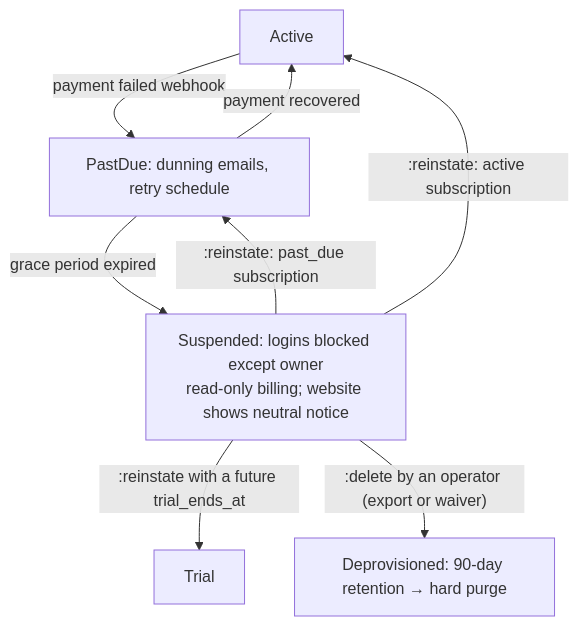
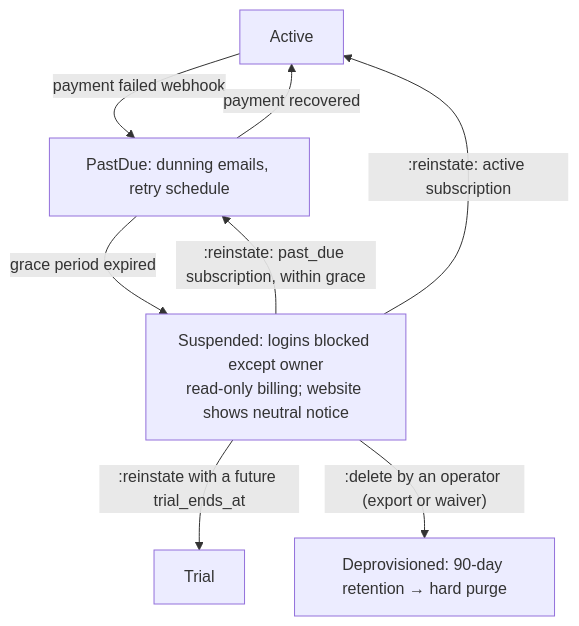
Before and after one commit to sameer-sultan41/schoolhub: the second of 2 diagrams in docs/03-modules/platform-admin.md, drawn with Mermaid. The commit also changed other lines of this file and 23 other files, not shown here.

````diff
--- a/docs/03-modules/platform-admin.md
+++ b/docs/03-modules/platform-admin.md
@@ -90,10 +90,10 @@
 ```mermaid
 flowchart TD
     A[Active] -- payment failed webhook --> B[PastDue: dunning emails, retry schedule]
     B -- payment recovered --> A
     B -- grace period expired --> C[Suspended: logins blocked except owner<br/>read-only billing; website shows neutral notice]
     C -- ":reinstate: active subscription" --> A
-    C -- ":reinstate: past_due subscription" --> B
+    C -- ":reinstate: past_due subscription, within grace" --> B
     C -- ":reinstate with a future trial_ends_at" --> T[Trial]
     C -- ":delete by an operator (export or waiver)" --> D[Deprovisioned: 90-day retention → hard purge]
 ```
````
